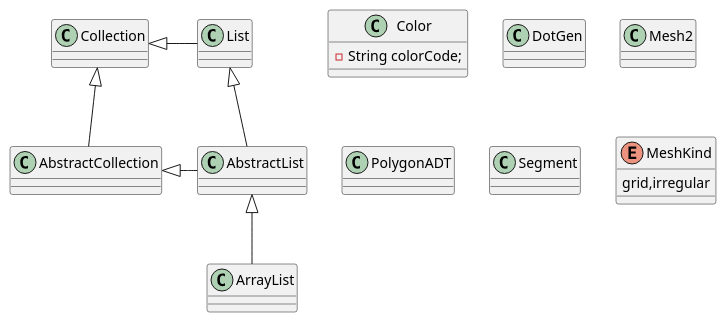
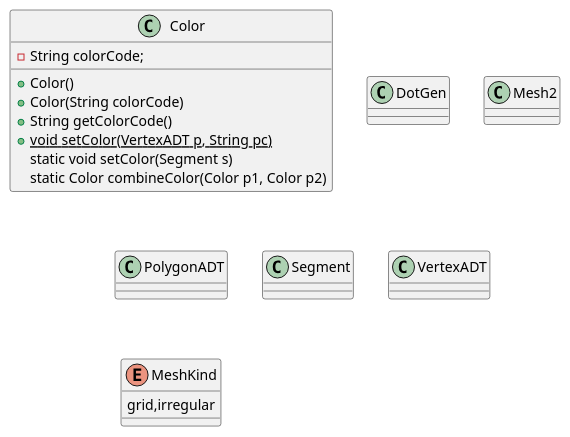
Before and after one commit to xiaotianlou/A4fi: the diagram in generator/src/main/java/UML.puml, drawn with PlantUML. The commit also changed 1 other file, not shown here.

```diff
--- a/generator/src/main/java/UML.puml
+++ b/generator/src/main/java/UML.puml
@@ -1,28 +1,37 @@
 @startuml
 'https://plantuml.com/class-diagram
 
 
 class Color{
 -String colorCode;
++Color()
++Color(String colorCode)
++String getColorCode()
++{static} void setColor(VertexADT p, String pc)
+static void setColor(Segment s)
+static Color combineColor(Color p1, Color p2)
+
 
 }
 
 
 class DotGen
 class Mesh2
 class PolygonADT
 class Segment
-
-List <|-- AbstractList
-Collection <|-- AbstractCollection
-
-Collection <|- List
-AbstractCollection <|- AbstractList
-AbstractList <|-- ArrayList
-
-
+class VertexADT
 enum MeshKind {
     grid,irregular
 }
 
+'List <|-- AbstractList
+'Collection <|-- AbstractCollection
+'
+'Collection <|- List
+'AbstractCollection <|- AbstractList
+'AbstractList <|-- ArrayList
+
+
+
+
 @enduml
```
